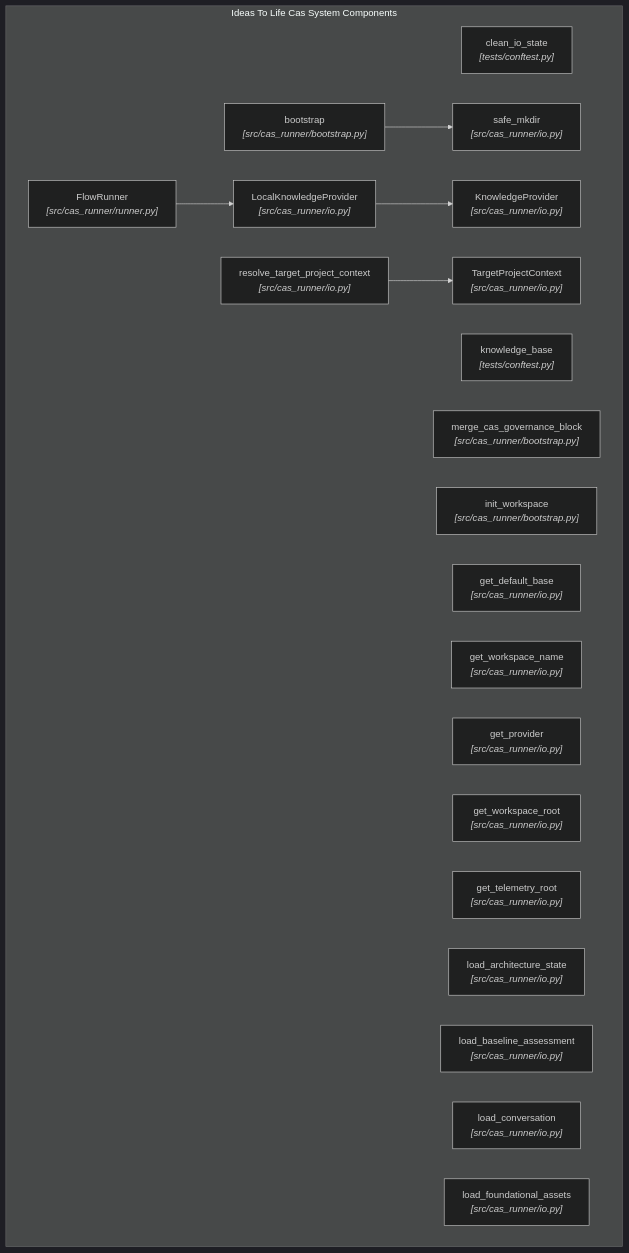
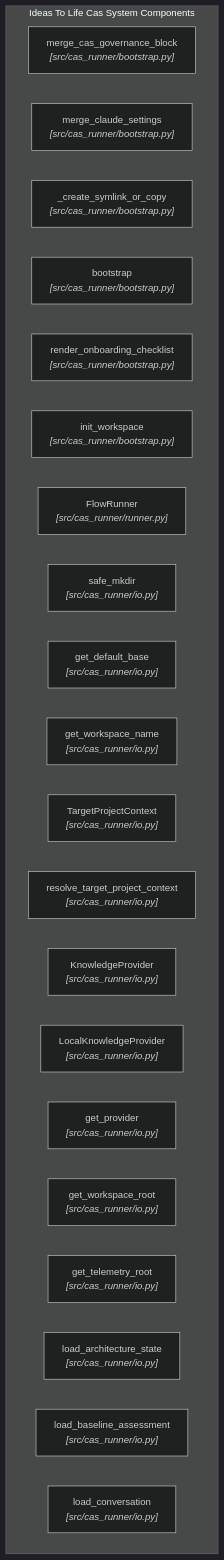
Before and after one commit to cas-governance-portal/cas-governance-portal.github.io: the diagram in projects/ideas-to-life-cas/architecture-state/diagrams/components.mmd, drawn with Mermaid (dark theme). The commit also changed other lines of this file and 40 other files, not shown here.

```diff
--- a/projects/ideas-to-life-cas/architecture-state/diagrams/components.mmd
+++ b/projects/ideas-to-life-cas/architecture-state/diagrams/components.mmd
@@ -1,27 +1,23 @@
 flowchart TD
     subgraph Components["Ideas To Life Cas System Components"]
-        comp_clean_io_state["clean_io_state<br/><i>[tests/conftest.py]</i>"]
-        comp_knowledge_base["knowledge_base<br/><i>[tests/conftest.py]</i>"]
         comp_merge_cas_governance_block["merge_cas_governance_block<br/><i>[src/cas_runner/bootstrap.py]</i>"]
+        comp_merge_claude_settings["merge_claude_settings<br/><i>[src/cas_runner/bootstrap.py]</i>"]
+        comp__create_symlink_or_copy["_create_symlink_or_copy<br/><i>[src/cas_runner/bootstrap.py]</i>"]
         comp_bootstrap["bootstrap<br/><i>[src/cas_runner/bootstrap.py]</i>"]
+        comp_render_onboarding_checklist["render_onboarding_checklist<br/><i>[src/cas_runner/bootstrap.py]</i>"]
         comp_init_workspace["init_workspace<br/><i>[src/cas_runner/bootstrap.py]</i>"]
         comp_flowrunner["FlowRunner<br/><i>[src/cas_runner/runner.py]</i>"]
         comp_safe_mkdir["safe_mkdir<br/><i>[src/cas_runner/io.py]</i>"]
         comp_get_default_base["get_default_base<br/><i>[src/cas_runner/io.py]</i>"]
         comp_get_workspace_name["get_workspace_name<br/><i>[src/cas_runner/io.py]</i>"]
         comp_targetprojectcontext["TargetProjectContext<br/><i>[src/cas_runner/io.py]</i>"]
         comp_resolve_target_project_context["resolve_target_project_context<br/><i>[src/cas_runner/io.py]</i>"]
         comp_knowledgeprovider["KnowledgeProvider<br/><i>[src/cas_runner/io.py]</i>"]
         comp_localknowledgeprovider["LocalKnowledgeProvider<br/><i>[src/cas_runner/io.py]</i>"]
         comp_get_provider["get_provider<br/><i>[src/cas_runner/io.py]</i>"]
         comp_get_workspace_root["get_workspace_root<br/><i>[src/cas_runner/io.py]</i>"]
         comp_get_telemetry_root["get_telemetry_root<br/><i>[src/cas_runner/io.py]</i>"]
         comp_load_architecture_state["load_architecture_state<br/><i>[src/cas_runner/io.py]</i>"]
         comp_load_baseline_assessment["load_baseline_assessment<br/><i>[src/cas_runner/io.py]</i>"]
         comp_load_conversation["load_conversation<br/><i>[src/cas_runner/io.py]</i>"]
-        comp_load_foundational_assets["load_foundational_assets<br/><i>[src/cas_runner/io.py]</i>"]
     end
-    comp_flowrunner --> comp_localknowledgeprovider
-    comp_bootstrap --> comp_safe_mkdir
-    comp_localknowledgeprovider --> comp_knowledgeprovider
-    comp_resolve_target_project_context --> comp_targetprojectcontext
```
